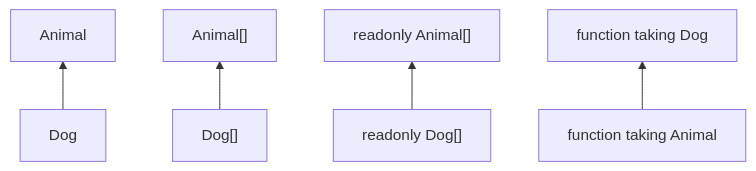
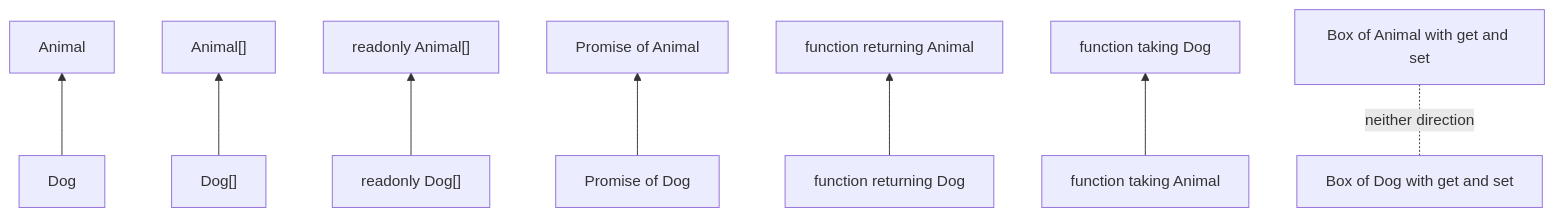
Before and after one commit to cheer-cho/LearningCourse--TypeScript--build-by-Claude-Code: the fifth of 5 diagrams in 07-generics/LESSON.md, drawn with Mermaid. The commit also changed other lines of this file and 79 other files, not shown here.

````diff
--- a/07-generics/LESSON.md
+++ b/07-generics/LESSON.md
@@ -76,7 +770,10 @@
 ```mermaid
 graph BT
     D["Dog"] --> A["Animal"]
     DA["Dog[]"] --> AA["Animal[]"]
     RD["readonly Dog[]"] --> RA["readonly Animal[]"]
+    PD["Promise of Dog"] --> PA["Promise of Animal"]
+    GD["function returning Dog"] --> GA["function returning Animal"]
     FA["function taking Animal"] --> FD["function taking Dog"]
+    BX["Box of Dog with get and set"] -. "neither direction" .- BA["Box of Animal with get and set"]
 ```
````
